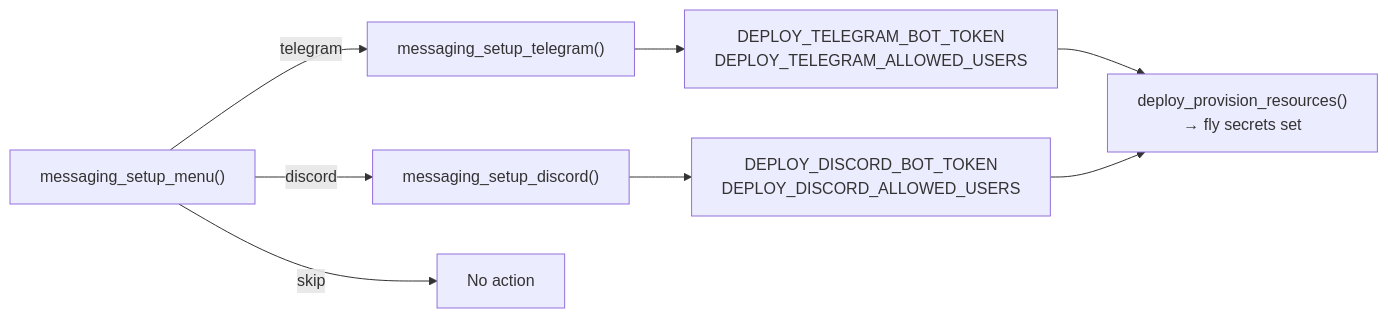
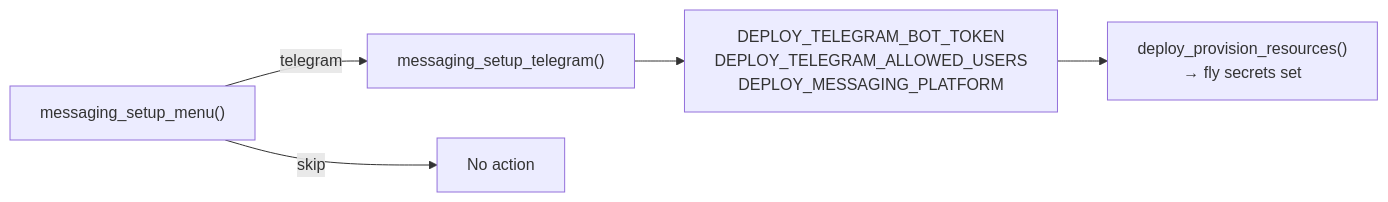
The diagram in docs/psf/04-ui-config-messaging.md (AxDSan/hermes-fly), drawn with Mermaid before and after one commit. The commit also changed other lines of this file and 7 other files, not shown here.

````diff
--- a/docs/psf/04-ui-config-messaging.md
+++ b/docs/psf/04-ui-config-messaging.md
@@ -211,12 +199,9 @@
 ```mermaid
 graph LR
     MENU["messaging_setup_menu()"] -->|"telegram"| TG["messaging_setup_telegram()"]
-    MENU -->|"discord"| DC["messaging_setup_discord()"]
     MENU -->|"skip"| SKIP["No action"]
 
-    TG --> VARS1["DEPLOY_TELEGRAM_BOT_TOKEN<br/>DEPLOY_TELEGRAM_ALLOWED_USERS"]
-    DC --> VARS2["DEPLOY_DISCORD_BOT_TOKEN<br/>DEPLOY_DISCORD_ALLOWED_USERS"]
+    TG --> VARS1["DEPLOY_TELEGRAM_BOT_TOKEN<br/>DEPLOY_TELEGRAM_ALLOWED_USERS<br/>DEPLOY_MESSAGING_PLATFORM"]
 
     VARS1 --> SECRETS["deploy_provision_resources()<br/>→ fly secrets set"]
-    VARS2 --> SECRETS
 ```
````
